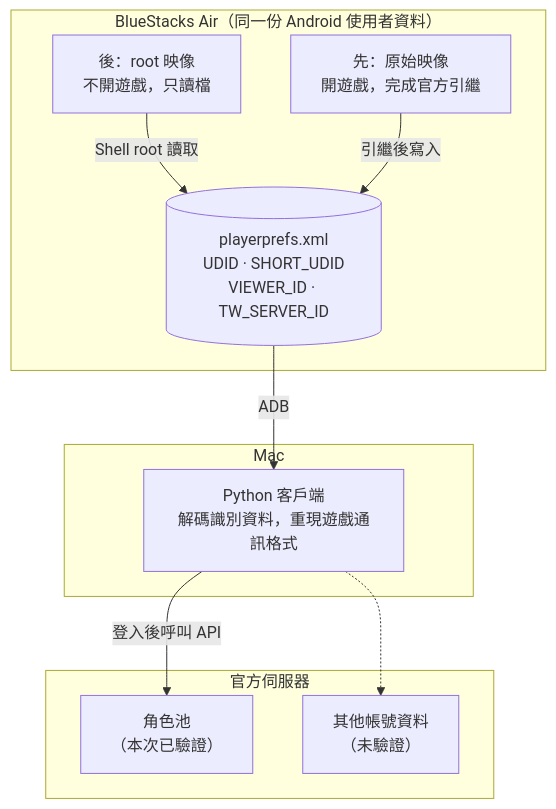
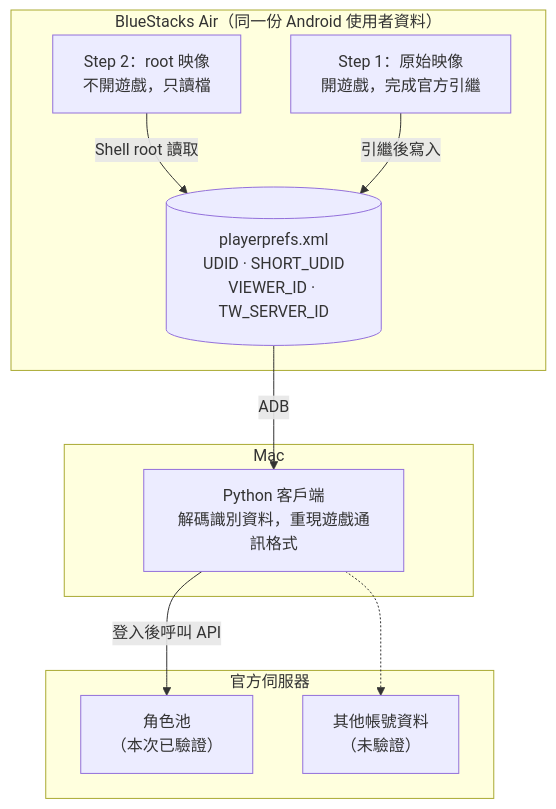
The diagram in README.md (WilliamCHIU-ETH/pcr-tw-mac-login), drawn with Mermaid before and after one commit.

Commit message:
docs: label boot images as Step 1 and Step 2
Step numbers read more clearly as a sequence than the single
characters 先 and 後.

````diff
--- a/README.md
+++ b/README.md
@@ -28,20 +28,20 @@
 ```mermaid
 flowchart TB
     subgraph AIR["BlueStacks Air（同一份 Android 使用者資料）"]
-        B["後：root 映像<br/>不開遊戲，只讀檔"]
-        A["先：原始映像<br/>開遊戲，完成官方引繼"]
+        B["Step 2：root 映像<br/>不開遊戲，只讀檔"]
+        A["Step 1：原始映像<br/>開遊戲，完成官方引繼"]
         P[("playerprefs.xml<br/>UDID · SHORT_UDID<br/>VIEWER_ID · TW_SERVER_ID")]
         B -->|"Shell root 讀取"| P
         A -->|"引繼後寫入"| P
     end
     subgraph MAC["Mac"]
         C["Python 客戶端<br/>解碼識別資料，重現遊戲通訊格式"]
     end
     subgraph SRV["官方伺服器"]
         F["角色池<br/>（本次已驗證）"]
         G["其他帳號資料<br/>（未驗證）"]
     end
     P -->|"ADB"| C
     C -->|"登入後呼叫 API"| F
     C -.-> G
 ```
````
